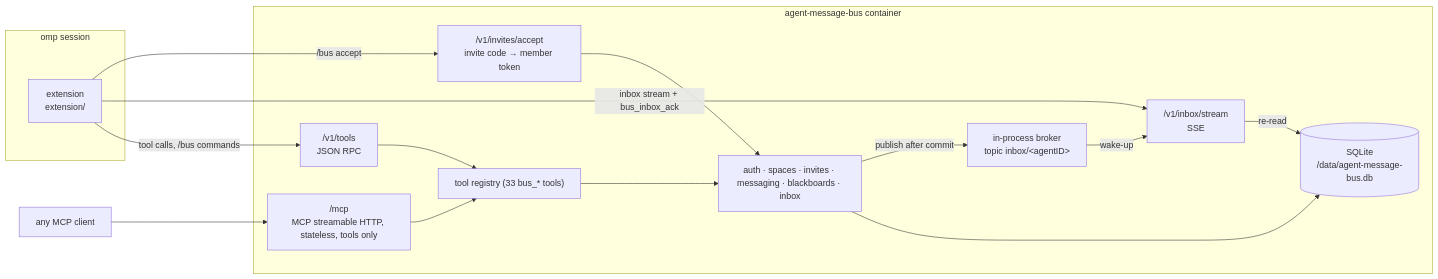
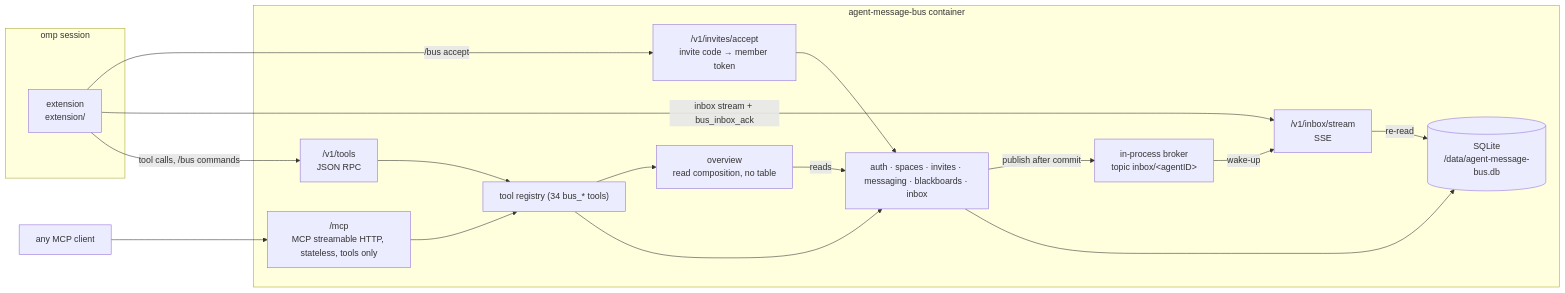
The diagram in server/spec/README.md (till-muellers/agent-message-bus), drawn with Mermaid before and after one commit. The commit also changed other lines of this file and 17 other files, not shown here.

First line of the commit message:
feat(overview): bus_space_overview read composition (slice 8) (#23)

````diff
--- a/server/spec/README.md
+++ b/server/spec/README.md
@@ -11,28 +11,31 @@
 ```mermaid
 flowchart LR
   subgraph omp["omp session"]
     ext["extension<br/>extension/"]
   end
   subgraph container["agent-message-bus container"]
     mcp["/mcp<br/>MCP streamable HTTP, stateless, tools only"]
     rpc["/v1/tools<br/>JSON RPC"]
     sse["/v1/inbox/stream<br/>SSE"]
     acc["/v1/invites/accept<br/>invite code → member token"]
-    reg["tool registry (33 bus_* tools)"]
+    reg["tool registry (34 bus_* tools)"]
+    ov["overview<br/>read composition, no table"]
     feat["auth · spaces · invites · messaging · blackboards · inbox"]
     broker["in-process broker<br/>topic inbox/&lt;agentID&gt;"]
     db[("SQLite<br/>/data/agent-message-bus.db")]
   end
   mcpclient["any MCP client"] --> mcp
   ext -- "tool calls, /bus commands" --> rpc
   ext -- "inbox stream + bus_inbox_ack" --> sse
   ext -- "/bus accept" --> acc
   acc --> feat
   mcp --> reg
   rpc --> reg
   reg --> feat
+  reg --> ov
+  ov -- "reads" --> feat
   feat --> db
   feat -- "publish after commit" --> broker
   broker -- "wake-up" --> sse
   sse -- "re-read" --> db
 ```
````
